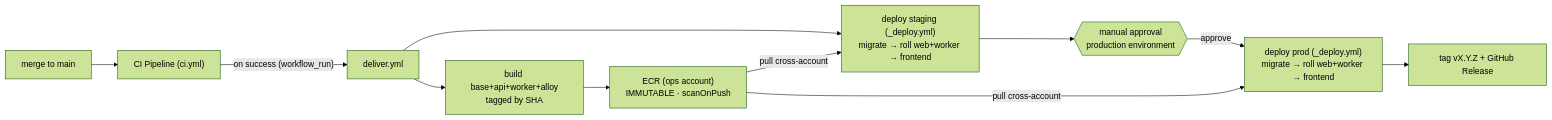
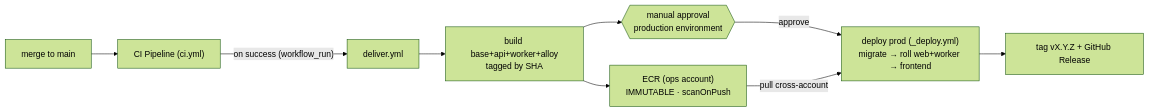
Before and after one commit to lahavrud/rs-recruiting: the second of 2 diagrams in docs/INFRASTRUCTURE.md, drawn with Mermaid (forest theme). The commit also changed other lines of this file and 5 other files, not shown here.

````diff
--- a/docs/INFRASTRUCTURE.md
+++ b/docs/INFRASTRUCTURE.md
@@ -140,12 +143,10 @@
 ```mermaid
 flowchart LR
   PR["merge to main"] --> CI["CI Pipeline (ci.yml)"]
   CI -->|"on success (workflow_run)"| DEL["deliver.yml"]
   DEL --> BUILD["build base+api+worker+alloy<br/>tagged by SHA"] --> ECR["ECR (ops account)<br/>IMMUTABLE · scanOnPush"]
-  DEL --> STG["deploy staging (_deploy.yml)<br/>migrate → roll web+worker → frontend"]
-  STG --> GATE{{"manual approval<br/>production environment"}}
+  BUILD --> GATE{{"manual approval<br/>production environment"}}
   GATE -->|approve| PROD["deploy prod (_deploy.yml)<br/>migrate → roll web+worker → frontend"]
   PROD --> TAG["tag vX.Y.Z + GitHub Release"]
-  ECR -->|"pull cross-account"| STG
   ECR -->|"pull cross-account"| PROD
 ```
````
